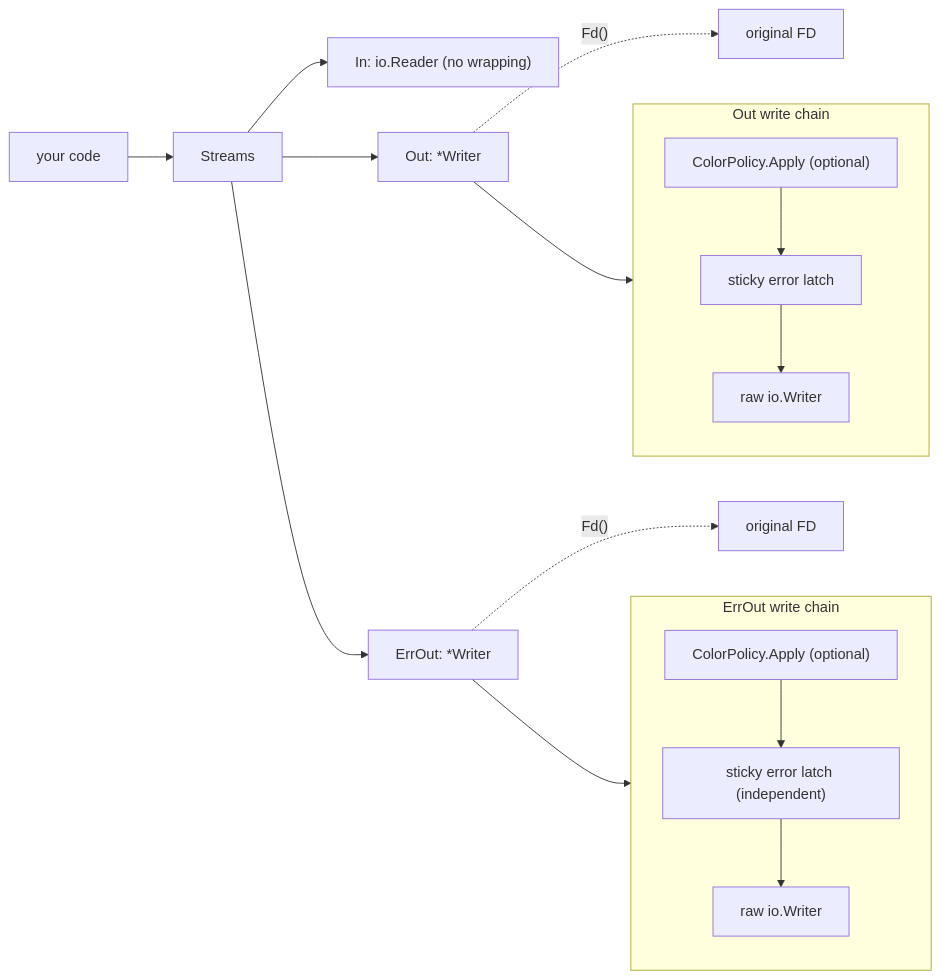
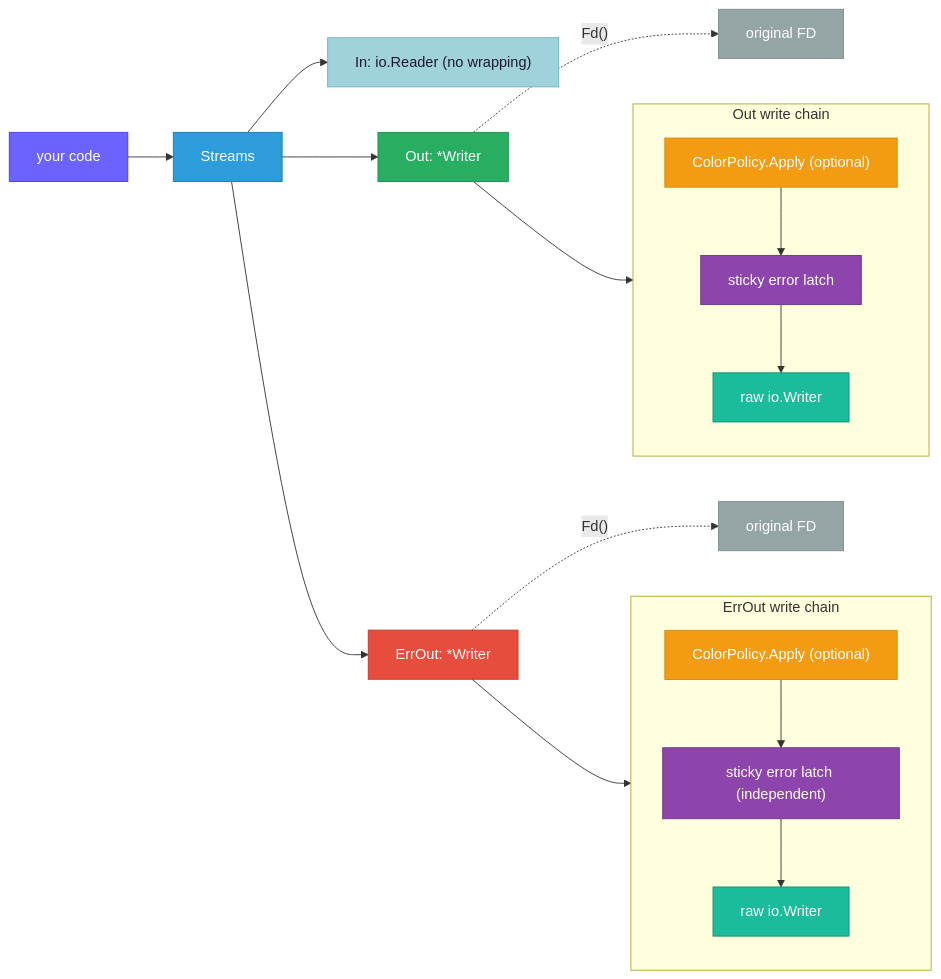
Before and after one commit to gopherly/termio: the diagram in README.md, drawn with Mermaid.

Commit message:
colorize architecture diagram in README

````diff
--- a/README.md
+++ b/README.md
@@ -48,22 +48,36 @@
 ```mermaid
 flowchart LR
     caller["your code"] --> streams["Streams"]
     streams --> in_f["In: io.Reader (no wrapping)"]
     streams --> out_f["Out: *Writer"]
     streams --> errout_f["ErrOut: *Writer"]
 
     subgraph out_chain ["Out write chain"]
         cp_out["ColorPolicy.Apply (optional)"] --> sticky_out["sticky error latch"]
         sticky_out --> raw_out["raw io.Writer"]
     end
 
     subgraph err_chain ["ErrOut write chain"]
         cp_err["ColorPolicy.Apply (optional)"] --> sticky_err["sticky error latch (independent)"]
         sticky_err --> raw_err["raw io.Writer"]
     end
 
     out_f --> out_chain
     errout_f --> err_chain
     out_f -. "Fd()" .-> fd_out["original FD"]
     errout_f -. "Fd()" .-> fd_err["original FD"]
+
+    style caller fill:#6c63ff,stroke:#4a42d4,color:#fff
+    style streams fill:#2d9cdb,stroke:#1a7ab5,color:#fff
+    style in_f fill:#a0d2db,stroke:#6fb3bf,color:#1a1a2e
+    style out_f fill:#27ae60,stroke:#1e8c4d,color:#fff
+    style errout_f fill:#e74c3c,stroke:#c0392b,color:#fff
+    style cp_out fill:#f39c12,stroke:#d68910,color:#fff
+    style cp_err fill:#f39c12,stroke:#d68910,color:#fff
+    style sticky_out fill:#8e44ad,stroke:#6c3483,color:#fff
+    style sticky_err fill:#8e44ad,stroke:#6c3483,color:#fff
+    style raw_out fill:#1abc9c,stroke:#148f77,color:#fff
+    style raw_err fill:#1abc9c,stroke:#148f77,color:#fff
+    style fd_out fill:#95a5a6,stroke:#7f8c8d,color:#fff
+    style fd_err fill:#95a5a6,stroke:#7f8c8d,color:#fff
 ```
````
